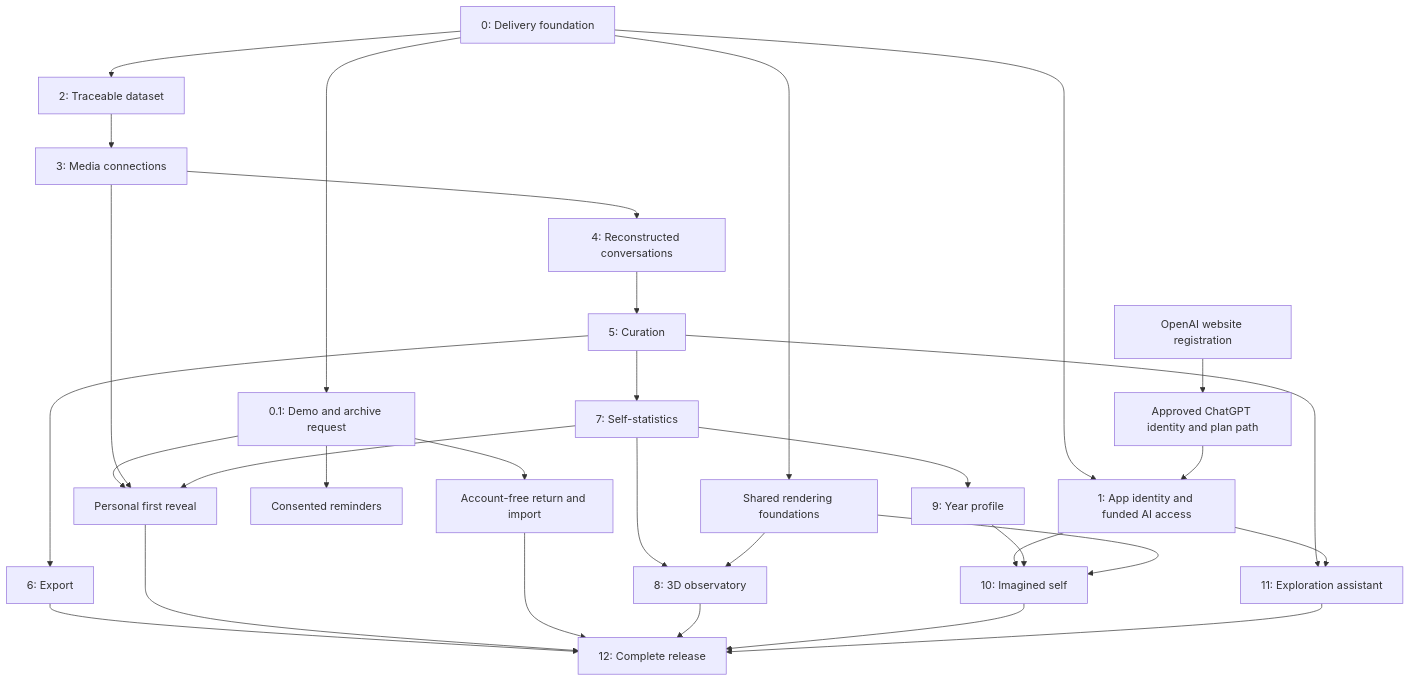
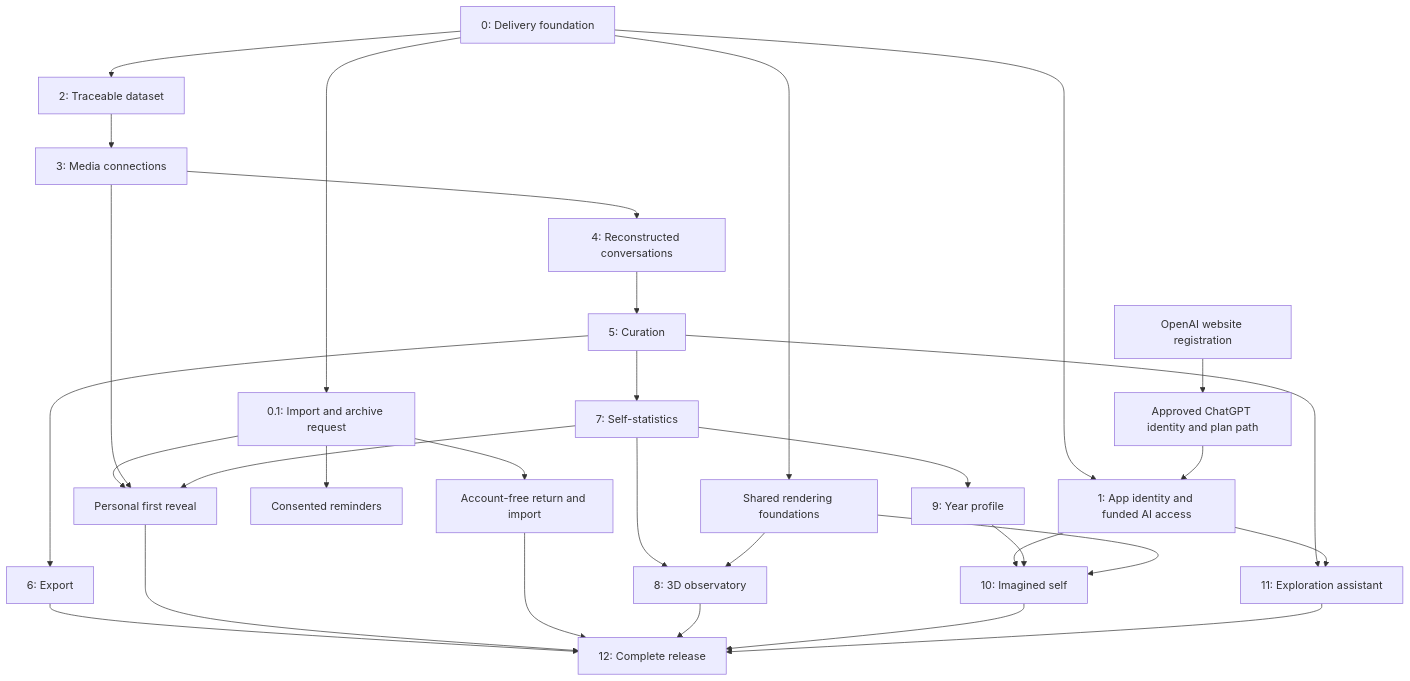
The diagram in MASTERPLAN.md (emiara-tech/snapchat-archive), drawn with Mermaid before and after one commit. The commit also changed other lines of this file and 22 other files, not shown here.

````diff
--- a/MASTERPLAN.md
+++ b/MASTERPLAN.md
@@ -117,33 +119,33 @@
 ```mermaid
 flowchart TD
     Foundation[0: Delivery foundation] --> Identity[1: App identity and funded AI access]
-    Foundation --> Arrival[0.1: Demo and archive request]
+    Foundation --> Arrival[0.1: Import and archive request]
     Arrival --> Return[Account-free return and import]
     Arrival --> Reminders[Consented reminders]
     Registration[OpenAI website registration] --> ChatGPT[Approved ChatGPT identity and plan path]
     ChatGPT --> Identity
     Foundation --> Dataset[2: Traceable dataset]
     Dataset --> Links[3: Media connections]
     Links --> Chats[4: Reconstructed conversations]
     Chats --> Curation[5: Curation]
     Curation --> Export[6: Export]
     Curation --> Stats[7: Self-statistics]
     Arrival --> Reveal[Personal first reveal]
     Links --> Reveal
     Stats --> Reveal
     Stats --> Observatory[8: 3D observatory]
     Stats --> Profile[9: Year profile]
     Identity --> YearRoom[10: Imagined self]
     Profile --> YearRoom
     Foundation --> Rendering[Shared rendering foundations]
     Rendering --> Observatory
     Rendering --> YearRoom
     Curation --> Assistant[11: Exploration assistant]
     Identity --> Assistant
     Export --> Release[12: Complete release]
     Reveal --> Release
     Return --> Release
     Observatory --> Release
     YearRoom --> Release
     Assistant --> Release
 ```
````
